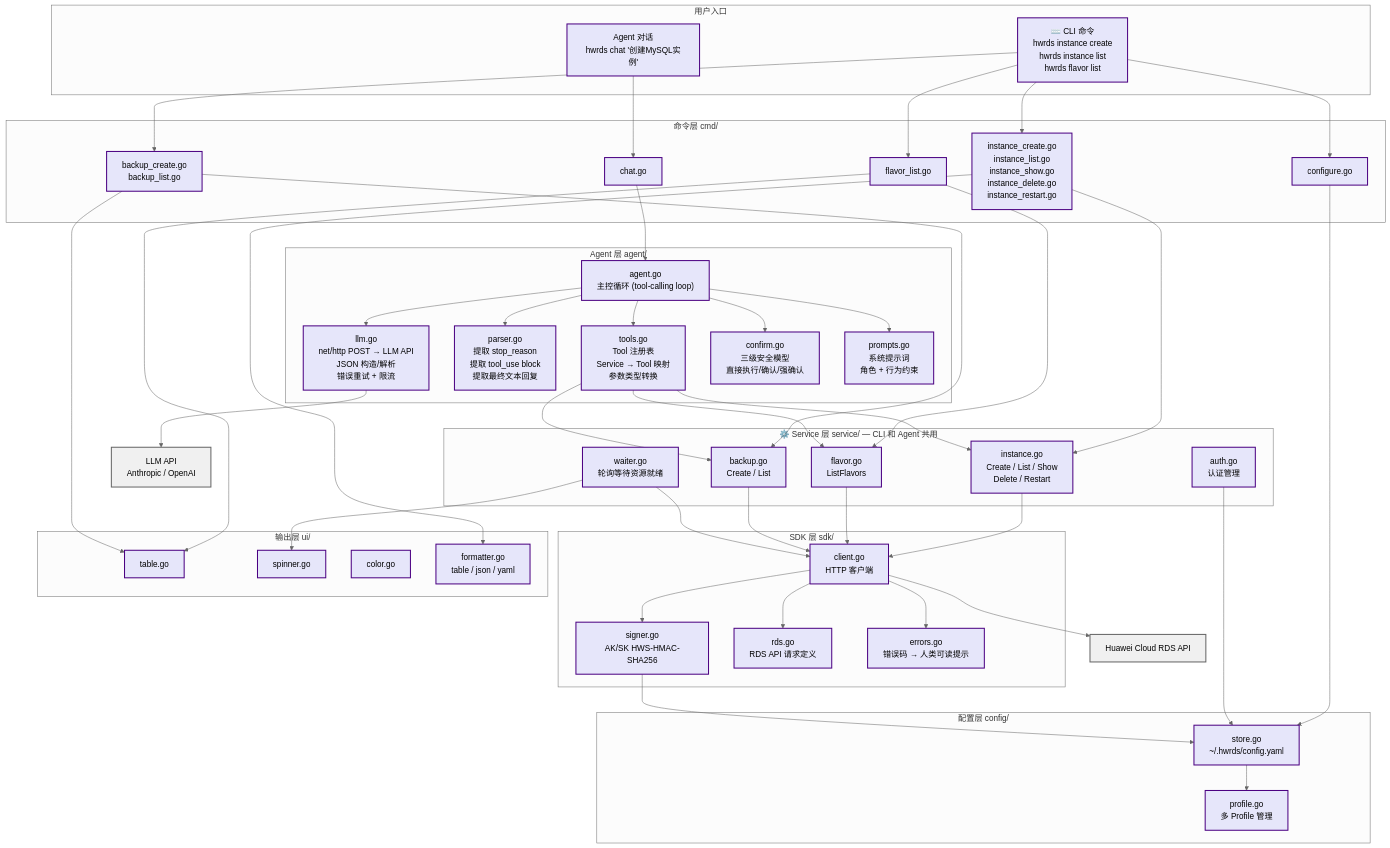
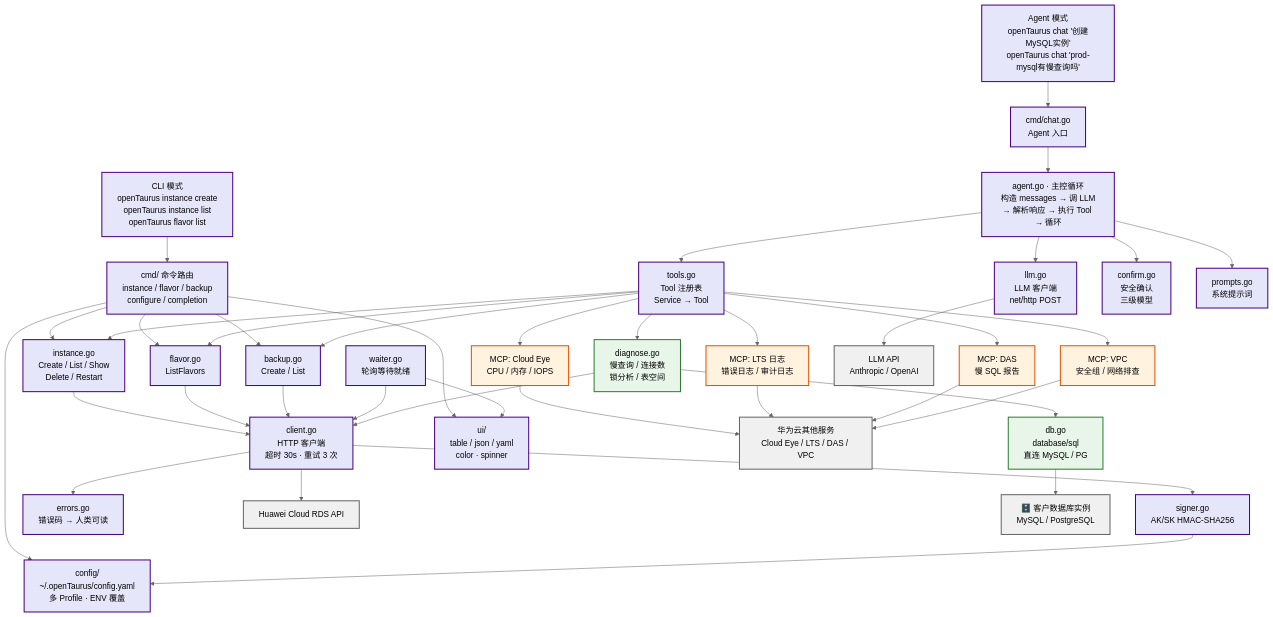
Before and after one commit to youweichen0208/blog: the sixth of 15 diagrams in docs/projects/cli-agent/index.md, drawn with Mermaid (neutral theme). The commit also changed other lines of this file, not shown here.

Commit message:
openTaurus cli架构图

````diff
--- a/docs/projects/cli-agent/index.md
+++ b/docs/projects/cli-agent/index.md
@@ -378,121 +376,115 @@
 ```mermaid
-graph TB
-    subgraph USER["用户入口"]
-        CLI["⌨️ CLI 命令<br/>hwrds instance create<br/>hwrds instance list<br/>hwrds flavor list"]
-        CHAT["Agent 对话<br/>hwrds chat '创建MySQL实例'"]
-    end
+graph TD
+    %% ====== 用户入口 ======
+    CLI["CLI 模式<br/>openTaurus instance create<br/>openTaurus instance list<br/>openTaurus flavor list"]
+    CHAT["Agent 模式<br/>openTaurus chat '创建MySQL实例'<br/>openTaurus chat 'prod-mysql有慢查询吗'"]
 
-    subgraph CMD["命令层 cmd/"]
-        CMD_CONF["configure.go"]
-        CMD_INST["instance_create.go<br/>instance_list.go<br/>instance_show.go<br/>instance_delete.go<br/>instance_restart.go"]
-        CMD_FLAVOR["flavor_list.go"]
-        CMD_BACKUP["backup_create.go<br/>backup_list.go"]
-        CMD_CHAT["chat.go"]
-    end
+    %% ====== 命令路由 ======
+    CMD_CLI["cmd/ 命令路由<br/>instance / flavor / backup<br/>configure / completion"]
+    CMD_CHAT["cmd/chat.go<br/>Agent 入口"]
 
-    subgraph AGENT["Agent 层 agent/"]
-        AGENT_MAIN["agent.go<br/>主控循环 (tool-calling loop)"]
-        AGENT_LLM["llm.go<br/>net/http POST → LLM API<br/>JSON 构造/解析<br/>错误重试 + 限流"]
-        AGENT_PARSER["parser.go<br/>提取 stop_reason<br/>提取 tool_use block<br/>提取最终文本回复"]
-        AGENT_TOOLS["tools.go<br/>Tool 注册表<br/>Service → Tool 映射<br/>参数类型转换"]
-        AGENT_CONFIRM["confirm.go<br/>三级安全模型<br/>直接执行/确认/强确认"]
-        AGENT_PROMPT["prompts.go<br/>系统提示词<br/>角色 + 行为约束"]
-    end
+    %% ====== Agent 层 ======
+    AGENT_CORE["agent.go · 主控循环<br/>构造 messages → 调 LLM<br/>→ 解析响应 → 执行 Tool → 循环"]
+    A_LLM["llm.go<br/>LLM 客户端<br/>net/http POST"]
+    A_TOOLS["tools.go<br/>Tool 注册表<br/>Service → Tool"]
+    A_SAFE["confirm.go<br/>安全确认<br/>三级模型"]
+    A_PROMPT["prompts.go<br/>系统提示词"]
 
-    subgraph SERVICE["⚙️ Service 层 service/ — CLI 和 Agent 共用"]
-        SVC_INST["instance.go<br/>Create / List / Show<br/>Delete / Restart"]
-        SVC_FLAVOR["flavor.go<br/>ListFlavors"]
-        SVC_BACKUP["backup.go<br/>Create / List"]
-        SVC_AUTH["auth.go<br/>认证管理"]
-        SVC_WAITER["waiter.go<br/>轮询等待资源就绪"]
-    end
+    %% ====== Service 层 ======
+    SVC_INST["instance.go<br/>Create / List / Show<br/>Delete / Restart"]
+    SVC_FLAVOR["flavor.go<br/>ListFlavors"]
+    SVC_BACKUP["backup.go<br/>Create / List"]
+    SVC_WAITER["waiter.go<br/>轮询等待就绪"]
+    SVC_DIAG["diagnose.go<br/>慢查询 / 连接数<br/>锁分析 / 表空间"]
 
-    subgraph SDK["SDK 层 sdk/"]
-        SDK_CLIENT["client.go<br/>HTTP 客户端"]
-        SDK_SIGNER["signer.go<br/>AK/SK HWS-HMAC-SHA256"]
-        SDK_RDS["rds.go<br/>RDS API 请求定义"]
-        SDK_ERR["errors.go<br/>错误码 → 人类可读提示"]
-    end
+    %% ====== SDK 层 ======
+    SDK_CLIENT["client.go<br/>HTTP 客户端<br/>超时 30s · 重试 3 次"]
+    SDK_SIGN["signer.go<br/>AK/SK HMAC-SHA256"]
+    SDK_ERR["errors.go<br/>错误码 → 人类可读"]
+    SDK_DB["db.go<br/>database/sql<br/>直连 MySQL / PG"]
 
-    subgraph CONFIG["配置层 config/"]
-        CFG_STORE["store.go<br/>~/.hwrds/config.yaml"]
-        CFG_PROFILE["profile.go<br/>多 Profile 管理"]
-    end
+    %% ====== MCP 层 ======
+    MCP_MONITOR["MCP: Cloud Eye<br/>CPU / 内存 / IOPS"]
+    MCP_LOG["MCP: LTS 日志<br/>错误日志 / 审计日志"]
+    MCP_DAS["MCP: DAS<br/>慢 SQL 报告"]
+    MCP_VPC["MCP: VPC<br/>安全组 / 网络排查"]
 
-    subgraph UI["输出层 ui/"]
-        UI_TABLE["table.go"]
-        UI_SPINNER["spinner.go"]
-        UI_COLOR["color.go"]
-        UI_FMT["formatter.go<br/>table / json / yaml"]
-    end
+    %% ====== 横向支撑 ======
+    CFG["config/<br/>~/.openTaurus/config.yaml<br/>多 Profile · ENV 覆盖"]
+    UI["ui/<br/>table / json / yaml<br/>color · spinner"]
 
+    %% ====== 外部系统 ======
+    LLM["LLM API<br/>Anthropic / OpenAI"]
     CLOUD["Huawei Cloud RDS API"]
-    LLM["LLM API<br/>Anthropic / OpenAI"]
+    DB["🗄️ 客户数据库实例<br/>MySQL / PostgreSQL"]
+    CLOUD_OTHER["华为云其他服务<br/>Cloud Eye / LTS / DAS / VPC"]
 
-    %% User → Command
-    CLI --> CMD_CONF
-    CLI --> CMD_INST
-    CLI --> CMD_FLAVOR
-    CLI --> CMD_BACKUP
+    %% ====== 连线：用户 → 命令 ======
+    CLI --> CMD_CLI
     CHAT --> CMD_CHAT
 
-    %% Command → Service (CLI path)
-    CMD_CONF --> CFG_STORE
-    CMD_INST --> SVC_INST
-    CMD_FLAVOR --> SVC_FLAVOR
-    CMD_BACKUP --> SVC_BACKUP
+    %% ====== 连线：命令 → 下层 ======
+    CMD_CLI --> SVC_INST
+    CMD_CLI --> SVC_FLAVOR
+    CMD_CLI --> SVC_BACKUP
+    CMD_CLI --> UI
+    CMD_CLI --> CFG
+    CMD_CHAT --> AGENT_CORE
 
-    %% Command → Agent (Chat path)
-    CMD_CHAT --> AGENT_MAIN
+    %% ====== 连线：Agent 内部 ======
+    AGENT_CORE --> A_LLM
+    AGENT_CORE --> A_TOOLS
+    AGENT_CORE --> A_SAFE
+    AGENT_CORE --> A_PROMPT
+    A_LLM --> LLM
 
-    %% Agent internal
-    AGENT_MAIN --> AGENT_LLM
-    AGENT_MAIN --> AGENT_PARSER
-    AGENT_MAIN --> AGENT_TOOLS
-    AGENT_MAIN --> AGENT_CONFIRM
-    AGENT_MAIN --> AGENT_PROMPT
-    AGENT_LLM --> LLM
+    %% ====== 连线：Agent → Service（内置 Tool）======
+    A_TOOLS --> SVC_INST
+    A_TOOLS --> SVC_FLAVOR
+    A_TOOLS --> SVC_BACKUP
+    A_TOOLS --> SVC_DIAG
 
-    %% Agent → Service (shared)
-    AGENT_TOOLS --> SVC_INST
-    AGENT_TOOLS --> SVC_FLAVOR
-    AGENT_TOOLS --> SVC_BACKUP
+    %% ====== 连线：Agent → MCP（外部数据源）======
+    A_TOOLS --> MCP_MONITOR
+    A_TOOLS --> MCP_LOG
+    A_TOOLS --> MCP_DAS
+    A_TOOLS --> MCP_VPC
 
-    %% Service → SDK
+    %% ====== 连线：Service → SDK ======
     SVC_INST --> SDK_CLIENT
     SVC_FLAVOR --> SDK_CLIENT
     SVC_BACKUP --> SDK_CLIENT
-    SVC_AUTH --> CFG_STORE
     SVC_WAITER --> SDK_CLIENT
+    SVC_WAITER --> UI
+    SVC_DIAG --> SDK_DB
+    SVC_DIAG --> SDK_CLIENT
 
-    %% SDK internal
-    SDK_CLIENT --> SDK_SIGNER
-    SDK_CLIENT --> SDK_RDS
+    %% ====== 连线：SDK → 外部 ======
+    SDK_CLIENT --> SDK_SIGN
     SDK_CLIENT --> SDK_ERR
+    SDK_SIGN --> CFG
+    SDK_CLIENT --> CLOUD
+    SDK_DB --> DB
 
-    %% SDK → Cloud
-    SDK_CLIENT --> CLOUD
+    %% ====== 连线：MCP → 外部 ======
+    MCP_MONITOR --> CLOUD_OTHER
+    MCP_LOG --> CLOUD_OTHER
+    MCP_DAS --> CLOUD_OTHER
+    MCP_VPC --> CLOUD_OTHER
 
-    %% Config
-    SDK_SIGNER --> CFG_STORE
-    CFG_STORE --> CFG_PROFILE
-
-    %% UI (used by CMD layer)
-    CMD_INST --> UI_FMT
-    CMD_FLAVOR --> UI_TABLE
-    CMD_BACKUP --> UI_TABLE
-    SVC_WAITER --> UI_SPINNER
-
-    %% Styles - 浅紫色风格
+    %% ====== 样式 ======
     classDef nodeStyle fill:#E6E6FA,stroke:#4B0082,stroke-width:2px,color:#000
-    classDef cloudStyle fill:#F0F0F0,stroke:#666,stroke-width:2px,color:#000
+    classDef diagStyle fill:#E8F5E9,stroke:#2E7D32,stroke-width:2px,color:#000
+    classDef mcpStyle fill:#FFF3E0,stroke:#E65100,stroke-width:2px,color:#000
+    classDef externalStyle fill:#F0F0F0,stroke:#666,stroke-width:2px,color:#000
 
     class CLI,CHAT nodeStyle
-    class CMD_CONF,CMD_INST,CMD_FLAVOR,CMD_BACKUP,CMD_CHAT nodeStyle
-    class AGENT_MAIN,AGENT_LLM,AGENT_PARSER,AGENT_TOOLS,AGENT_CONFIRM,AGENT_PROMPT nodeStyle
-    class SVC_INST,SVC_FLAVOR,SVC_BACKUP,SVC_AUTH,SVC_WAITER nodeStyle
-    class SDK_CLIENT,SDK_SIGNER,SDK_RDS,SDK_ERR nodeStyle
-    class CFG_STORE,CFG_PROFILE nodeStyle
-    class UI_TABLE,UI_SPINNER,UI_COLOR,UI_FMT nodeStyle
-    class CLOUD,LLM cloudStyle
+    class CMD_CLI,CMD_CHAT nodeStyle
+    class AGENT_CORE,A_LLM,A_TOOLS,A_SAFE,A_PROMPT nodeStyle
+    class SVC_INST,SVC_FLAVOR,SVC_BACKUP,SVC_WAITER nodeStyle
+    class SDK_CLIENT,SDK_SIGN,SDK_ERR nodeStyle
+    class CFG,UI nodeStyle
+    class SVC_DIAG,SDK_DB diagStyle
+    class MCP_MONITOR,MCP_LOG,MCP_DAS,MCP_VPC mcpStyle
+    class CLOUD,LLM,DB,CLOUD_OTHER externalStyle
 ```
````
